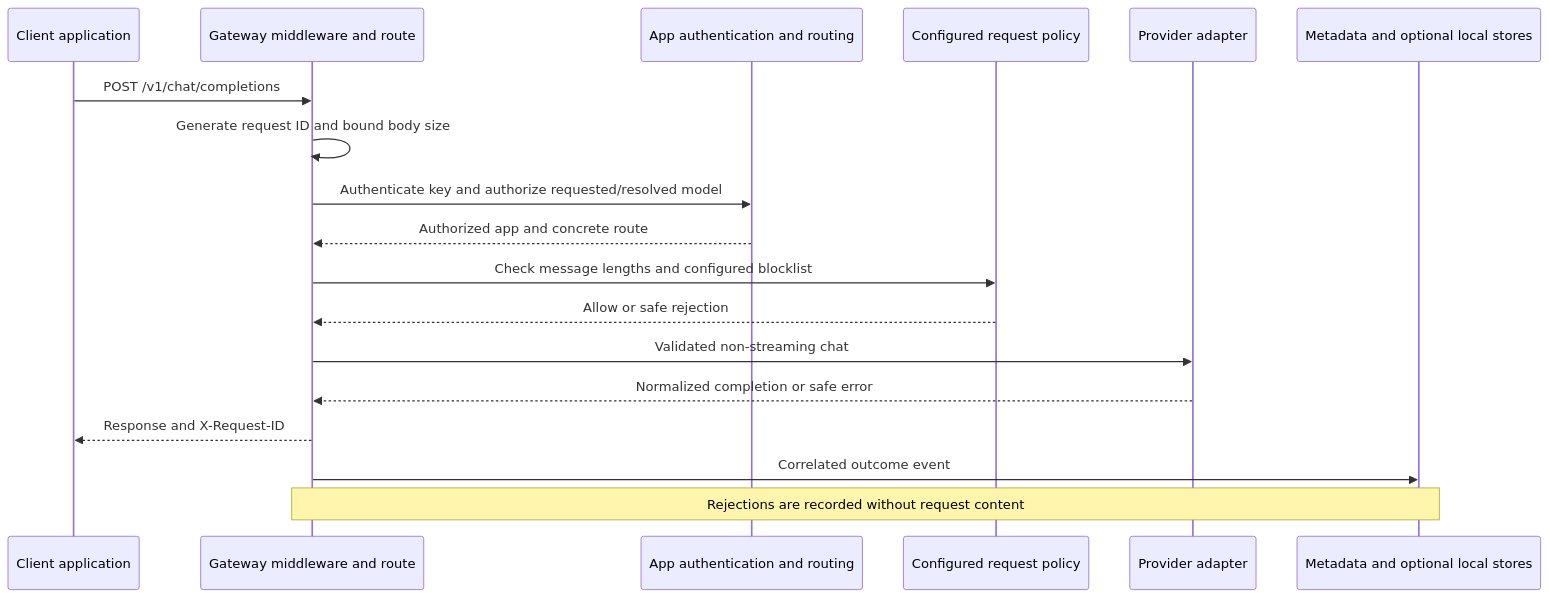
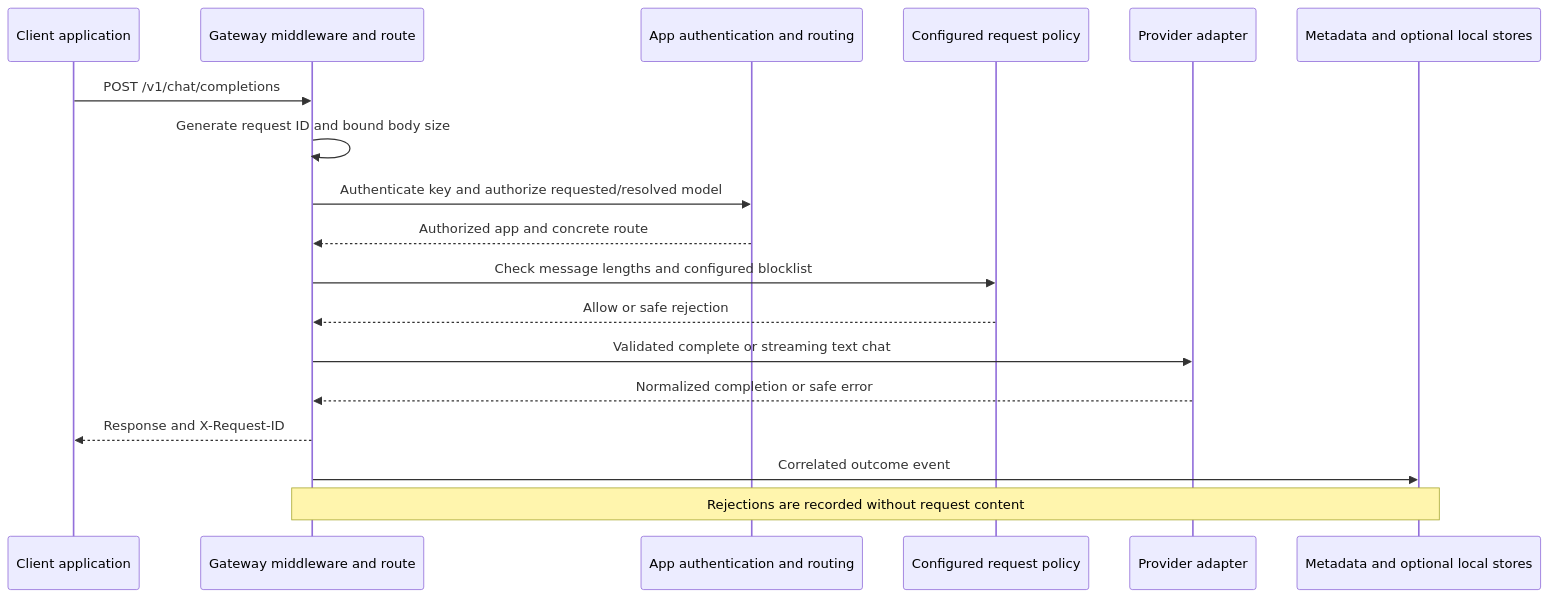
The diagram in docs/architecture.md (m87techlabs/m87-ai-gateway), drawn with Mermaid before and after one commit. The commit also changed 47 other files, not shown here.

Commit message:
feat: add text streaming and client disconnect cancellation

````diff
--- a/docs/architecture.md
+++ b/docs/architecture.md
@@ -5,20 +5,20 @@
 ```mermaid
 sequenceDiagram
     participant App as Client application
     participant API as Gateway middleware and route
     participant Auth as App authentication and routing
     participant Policy as Configured request policy
     participant Provider as Provider adapter
     participant Logs as Metadata and optional local stores
     App->>API: POST /v1/chat/completions
     API->>API: Generate request ID and bound body size
     API->>Auth: Authenticate key and authorize requested/resolved model
     Auth-->>API: Authorized app and concrete route
     API->>Policy: Check message lengths and configured blocklist
     Policy-->>API: Allow or safe rejection
-    API->>Provider: Validated non-streaming chat
+    API->>Provider: Validated complete or streaming text chat
     Provider-->>API: Normalized completion or safe error
     API-->>App: Response and X-Request-ID
     API->>Logs: Correlated outcome event
     Note over API,Logs: Rejections are recorded without request content
 ```
````
